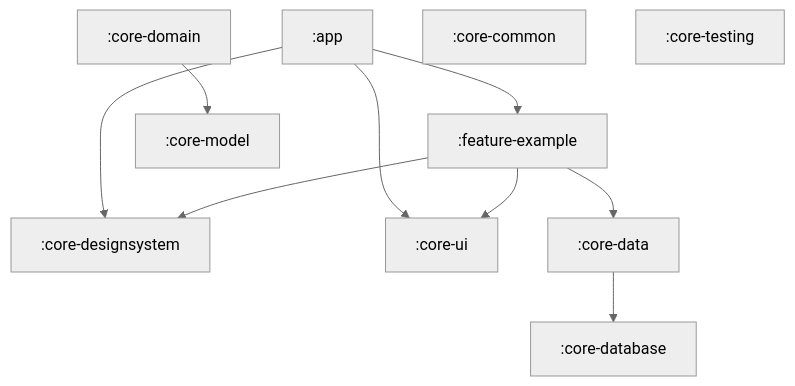
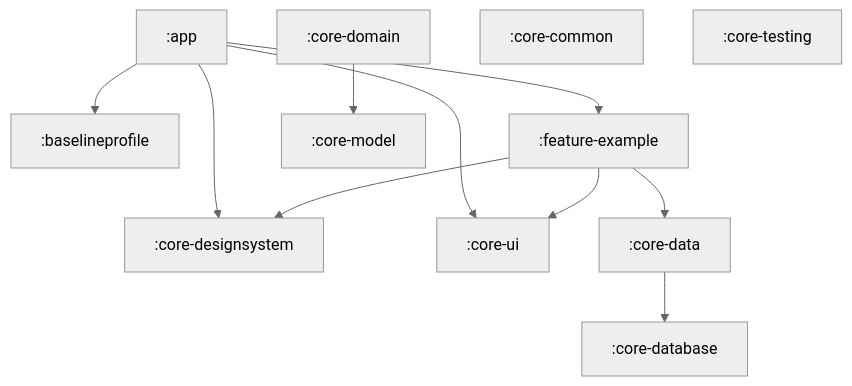
One commit to Tarek-Bohdima/ConsultMe changed the diagram in docs/MODULE_GRAPH.md. Above: the diagram before and after it, drawn with Mermaid (neutral theme). The commit also changed 16 other files, not shown here.

````diff
--- a/docs/MODULE_GRAPH.md
+++ b/docs/MODULE_GRAPH.md
@@ -5,13 +5,14 @@
 ```mermaid
 graph TD
+  :app --> :baselineprofile
   :app --> :core-designsystem
   :app --> :core-ui
   :app --> :feature-example
   :core-data --> :core-database
   :core-domain --> :core-model
   :feature-example --> :core-data
   :feature-example --> :core-designsystem
   :feature-example --> :core-ui
   :core-common
   :core-testing
 ```
````
